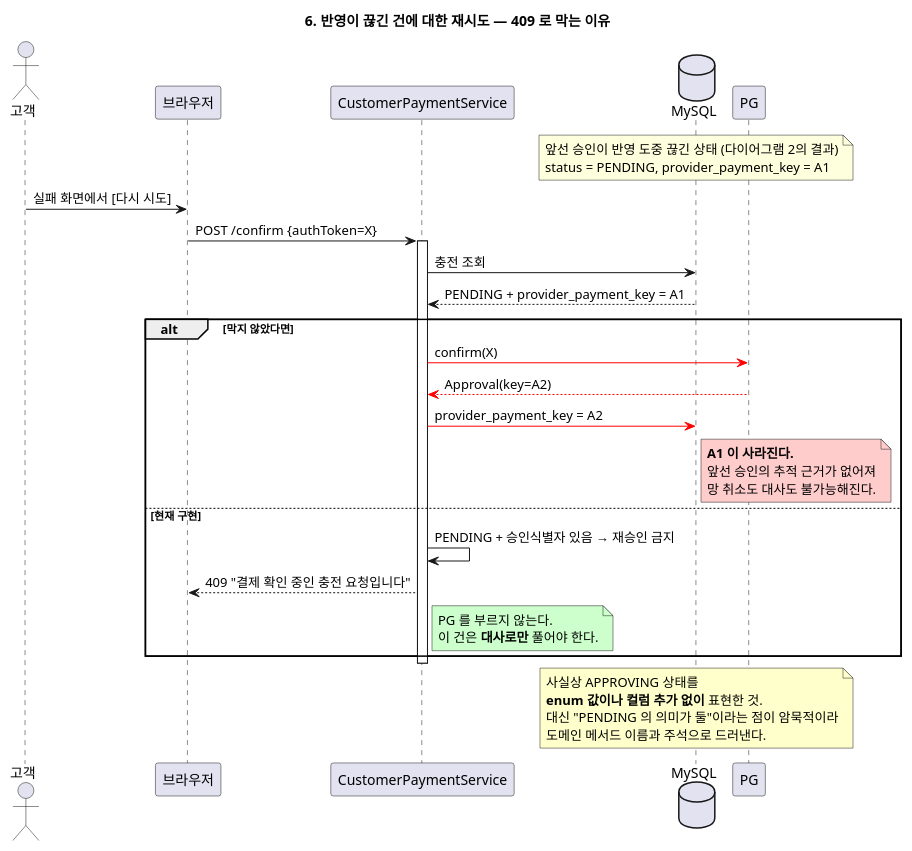
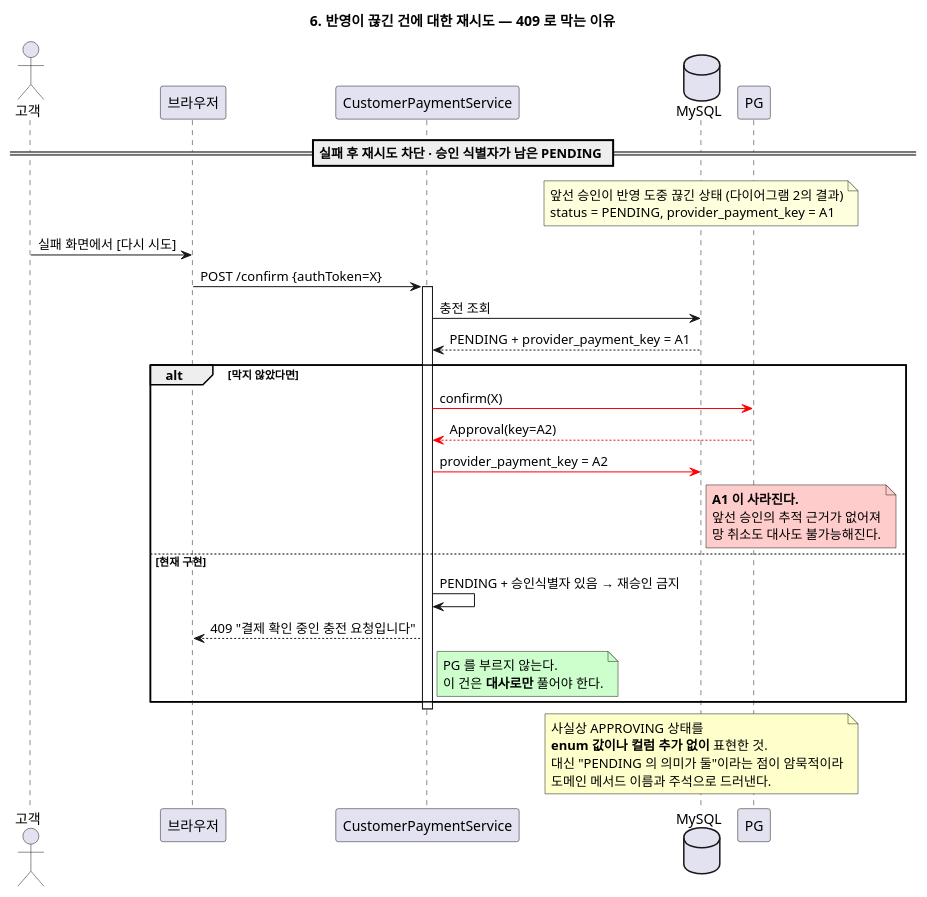
Before and after one commit to softeerbootcamp-8th/WEB-Team7-Turkey: the sixth of 7 diagrams in docs/결제승인_관련_다이어그램/06-point-charge-sequence.puml, drawn with PlantUML. The commit also changed other lines of this file and 7 other files, not shown here.

First line of the commit message:
docs: 결제 승인 시퀀스 다이어그램 갱신

```diff
--- a/docs/결제승인_관련_다이어그램/06-point-charge-sequence.puml
+++ b/docs/결제승인_관련_다이어그램/06-point-charge-sequence.puml
@@ -314,46 +329,47 @@
 @startuml 06-재시도-차단
 title 6. 반영이 끊긴 건에 대한 재시도 — 409 로 막는 이유
 
 actor 고객 as C
 participant "브라우저" as B
 participant "CustomerPaymentService" as S
 database "MySQL" as DB
 participant "PG" as PG
 
+== 실패 후 재시도 차단 · 승인 식별자가 남은 PENDING ==
 note over DB
   앞선 승인이 반영 도중 끊긴 상태 (다이어그램 2의 결과)
   status = PENDING, provider_payment_key = A1
 end note
 
 C -> B: 실패 화면에서 [다시 시도]
 B -> S: POST /confirm {authToken=X}
 activate S
 S -> DB: 충전 조회
 DB --> S: PENDING + provider_payment_key = A1
 
 alt 막지 않았다면
   S -[#red]> PG: confirm(X)
   PG -[#red]-> S: Approval(key=A2)
   S -[#red]> DB: provider_payment_key = A2
   note right of DB #FFCCCC
     <b>A1 이 사라진다.</b>
     앞선 승인의 추적 근거가 없어져
     망 취소도 대사도 불가능해진다.
   end note
 else 현재 구현
   S -> S: PENDING + 승인식별자 있음 → 재승인 금지
   S --> B: 409 "결제 확인 중인 충전 요청입니다"
   note right of S #CCFFCC
     PG 를 부르지 않는다.
     이 건은 <b>대사로만</b> 풀어야 한다.
   end note
 end
 deactivate S
 
 note over DB #FFFFCC
   사실상 APPROVING 상태를
   <b>enum 값이나 컬럼 추가 없이</b> 표현한 것.
   대신 "PENDING 의 의미가 둘"이라는 점이 암묵적이라
   도메인 메서드 이름과 주석으로 드러낸다.
 end note
 @enduml
```
